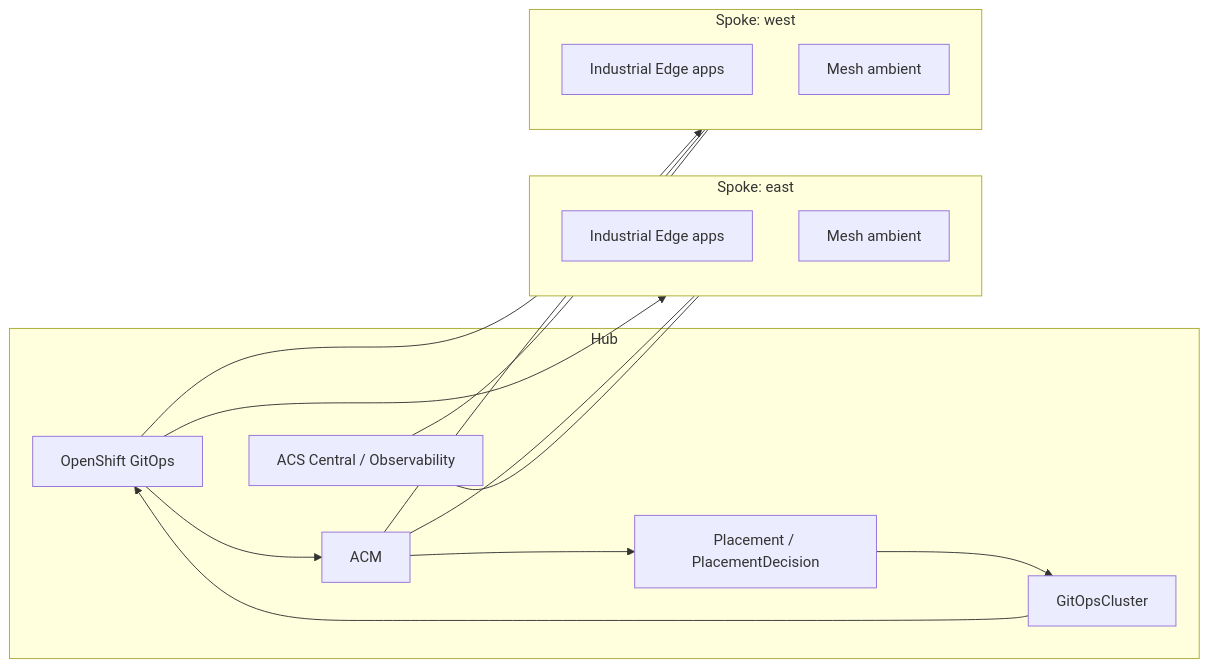
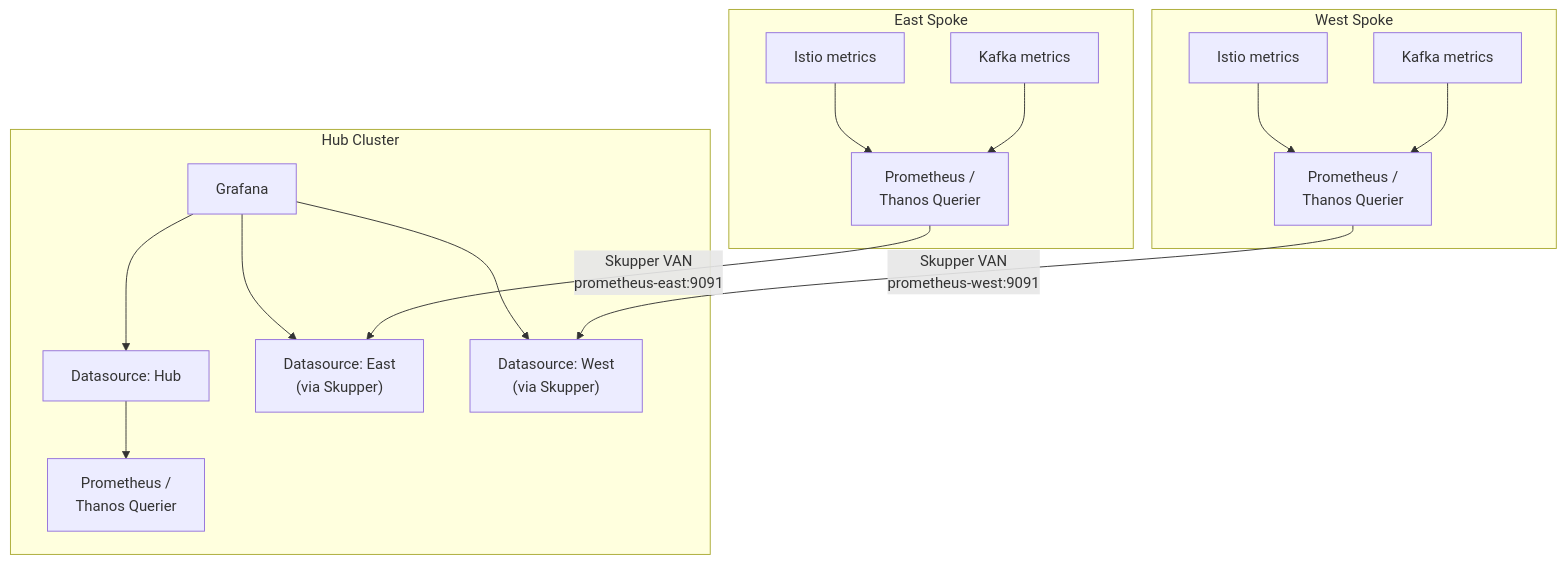
Before and after one commit to maximilianoPizarro/platform-hub-spoke-config: the sixth of 7 diagrams in docs/architecture.md, drawn with Mermaid. The commit also changed other lines of this file and 7 other files, not shown here.

First line of the commit message:
docs: add architecture diagrams and Service Interconnect page

````diff
--- a/docs/architecture.md
+++ b/docs/architecture.md
@@ -40,31 +211,32 @@
 ```mermaid
-flowchart LR
-  subgraph Hub["Hub"]
-    GITOPS["OpenShift GitOps"]
-    ACM["ACM"]
-    PL["Placement / PlacementDecision"]
-    GC["GitOpsCluster"]
-    CENTRAL["ACS Central / Observability"]
+flowchart TB
+  subgraph East["East Spoke"]
+    PROM_E["Prometheus /<br/>Thanos Querier"]
+    ISTIO_E["Istio metrics"]
+    KAFKA_E["Kafka metrics"]
+    ISTIO_E --> PROM_E
+    KAFKA_E --> PROM_E
   end
 
-  subgraph East["Spoke: east"]
-    APP_E["Industrial Edge apps"]
-    SM_E["Mesh ambient"]
+  subgraph West["West Spoke"]
+    PROM_W["Prometheus /<br/>Thanos Querier"]
+    ISTIO_W["Istio metrics"]
+    KAFKA_W["Kafka metrics"]
+    ISTIO_W --> PROM_W
+    KAFKA_W --> PROM_W
   end
 
-  subgraph West["Spoke: west"]
-    APP_W["Industrial Edge apps"]
-    SM_W["Mesh ambient"]
+  subgraph Hub["Hub Cluster"]
+    PROM_H["Prometheus /<br/>Thanos Querier"]
+    GRAFANA["Grafana"]
+    DS_H["Datasource: Hub"]
+    DS_E["Datasource: East<br/>(via Skupper)"]
+    DS_W["Datasource: West<br/>(via Skupper)"]
+    GRAFANA --> DS_H --> PROM_H
+    GRAFANA --> DS_E
+    GRAFANA --> DS_W
   end
 
-  GITOPS --> ACM
-  ACM --> PL
-  PL --> GC
-  GC --> GITOPS
-  GITOPS --> East
-  GITOPS --> West
-  ACM --- East
-  ACM --- West
-  CENTRAL --- East
-  CENTRAL --- West
+  PROM_E -->|"Skupper VAN<br/>prometheus-east:9091"| DS_E
+  PROM_W -->|"Skupper VAN<br/>prometheus-west:9091"| DS_W
 ```
````
